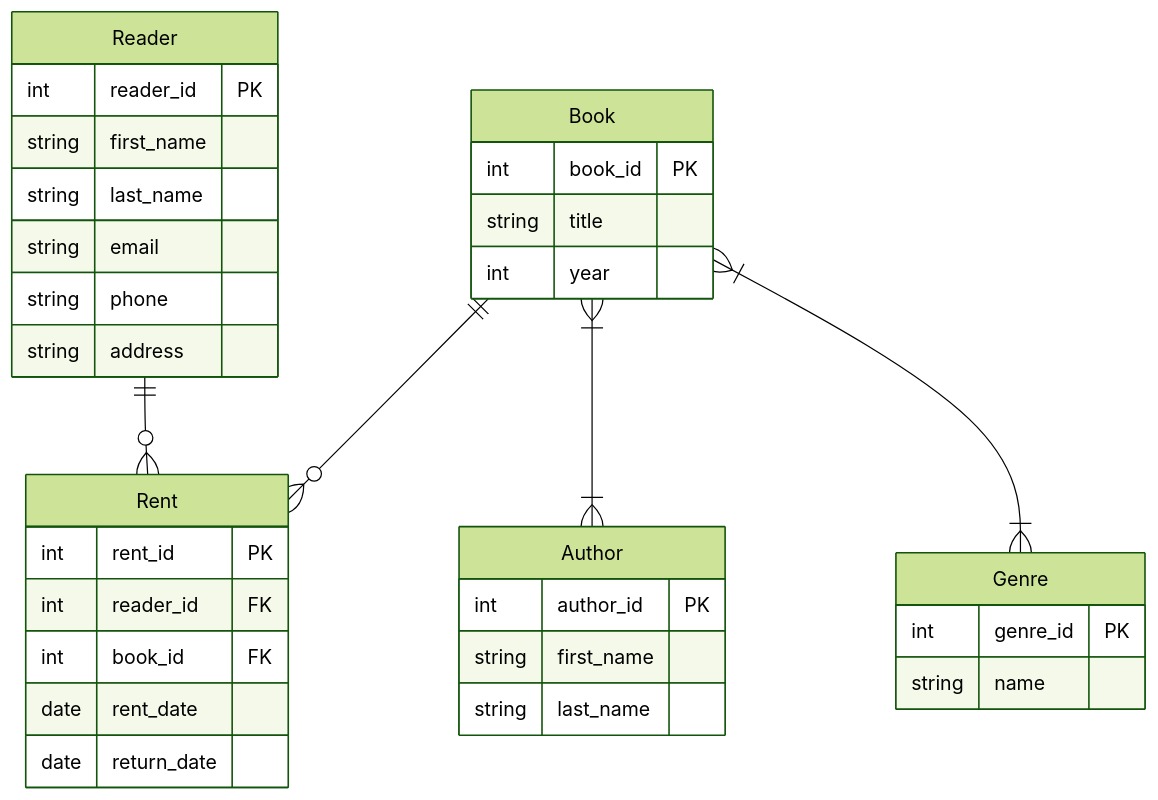
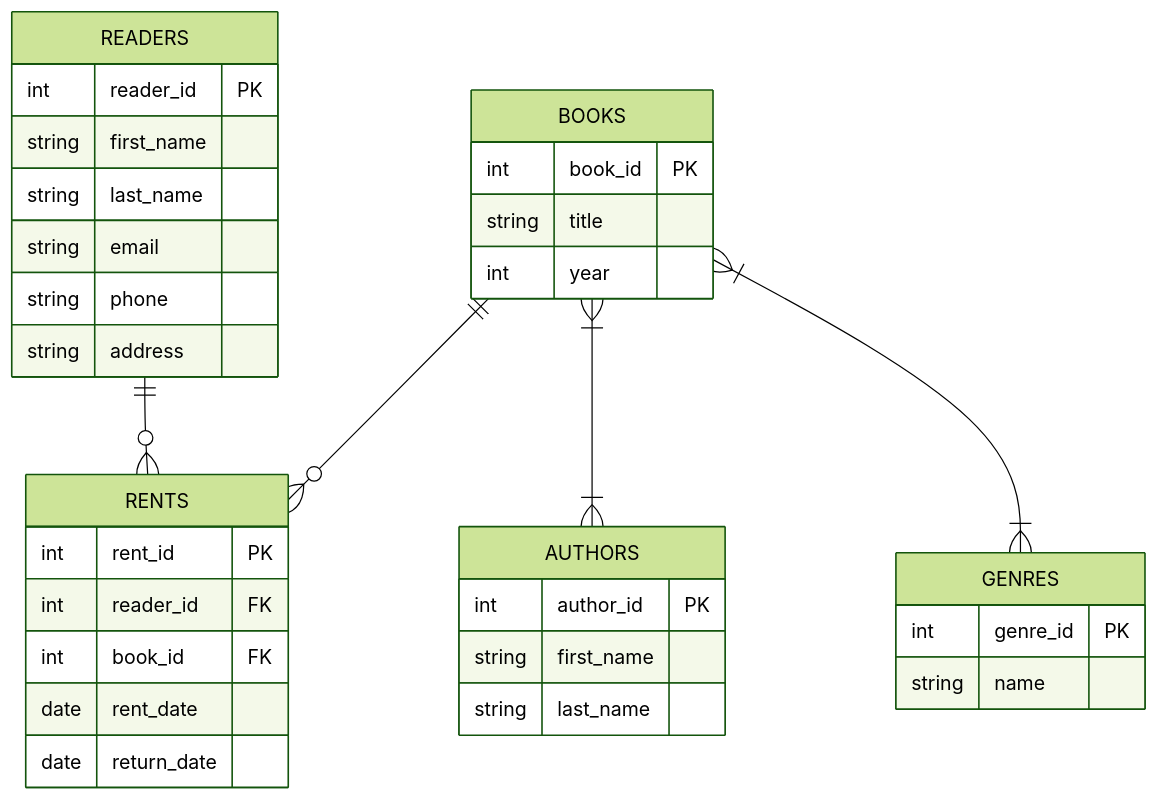
Before and after one commit to Villhard/database_design: the second of 2 diagrams in README.md, drawn with Mermaid (forest theme). The commit also changed other lines of this file, not shown here.

Commit message:
rename title er-diagram

````diff
--- a/README.md
+++ b/README.md
@@ -61,36 +61,36 @@
 ```mermaid
 erDiagram
-    Reader ||--o{ Rent : ""
-    Book ||--o{ Rent : ""
-    Book }|--|{ Author : ""
-    Book }|--|{ Genre : ""
-    Reader {
+    READERS ||--o{ RENTS : ""
+    BOOKS ||--o{ RENTS : ""
+    BOOKS }|--|{ AUTHORS : ""
+    BOOKS }|--|{ GENRES : ""
+    READERS {
         int reader_id PK
         string first_name
         string last_name
         string email
         string phone
         string address
     }
-    Book {
+    BOOKS {
         int book_id PK
         string title
         int year
     }
-    Author {
+    AUTHORS {
         int author_id PK
         string first_name
         string last_name
     }
-    Genre {
+    GENRES {
         int genre_id PK
         string name
     }
-    Rent {
+    RENTS {
         int rent_id PK
         int reader_id FK
         int book_id FK
         date rent_date
         date return_date
     }
 ```
````
